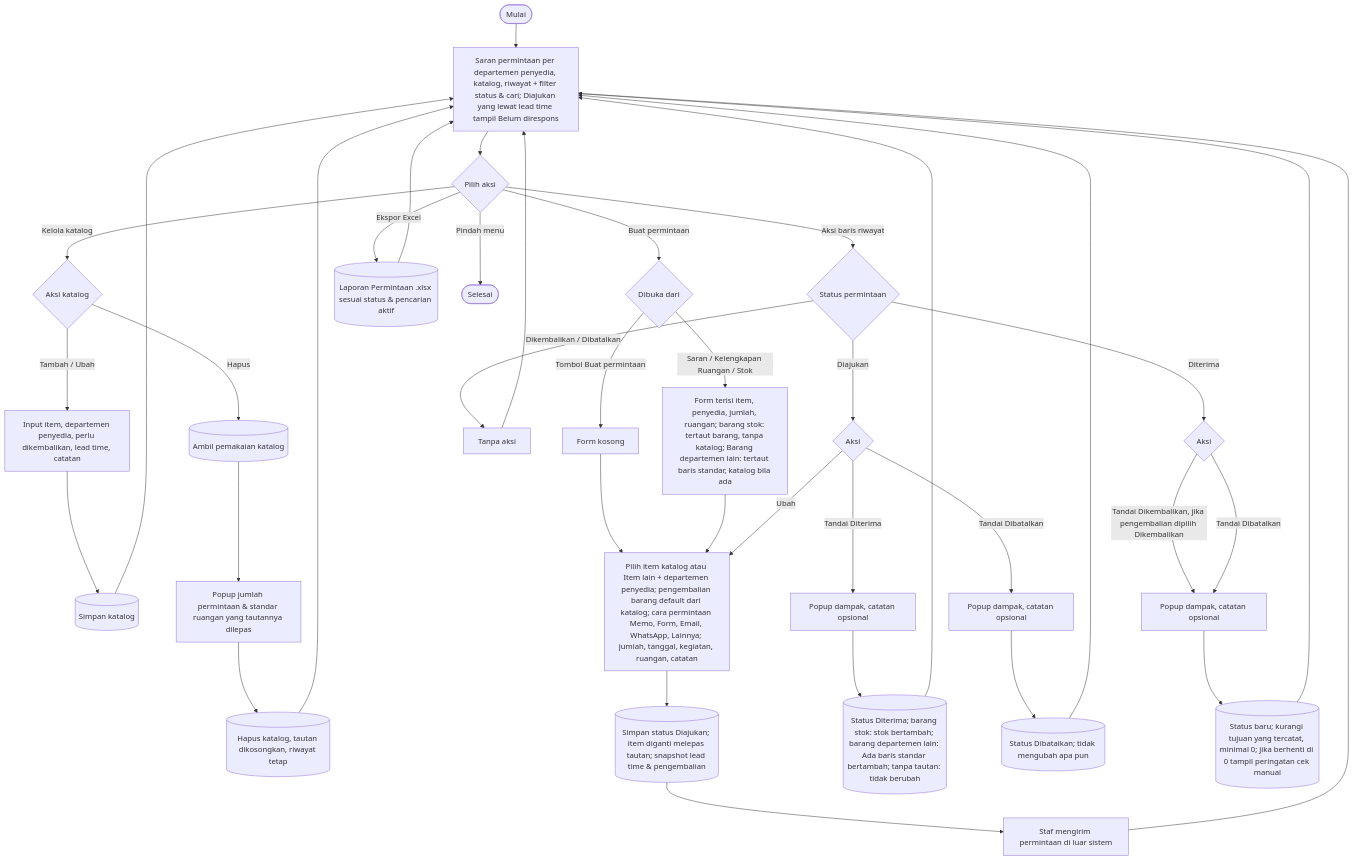
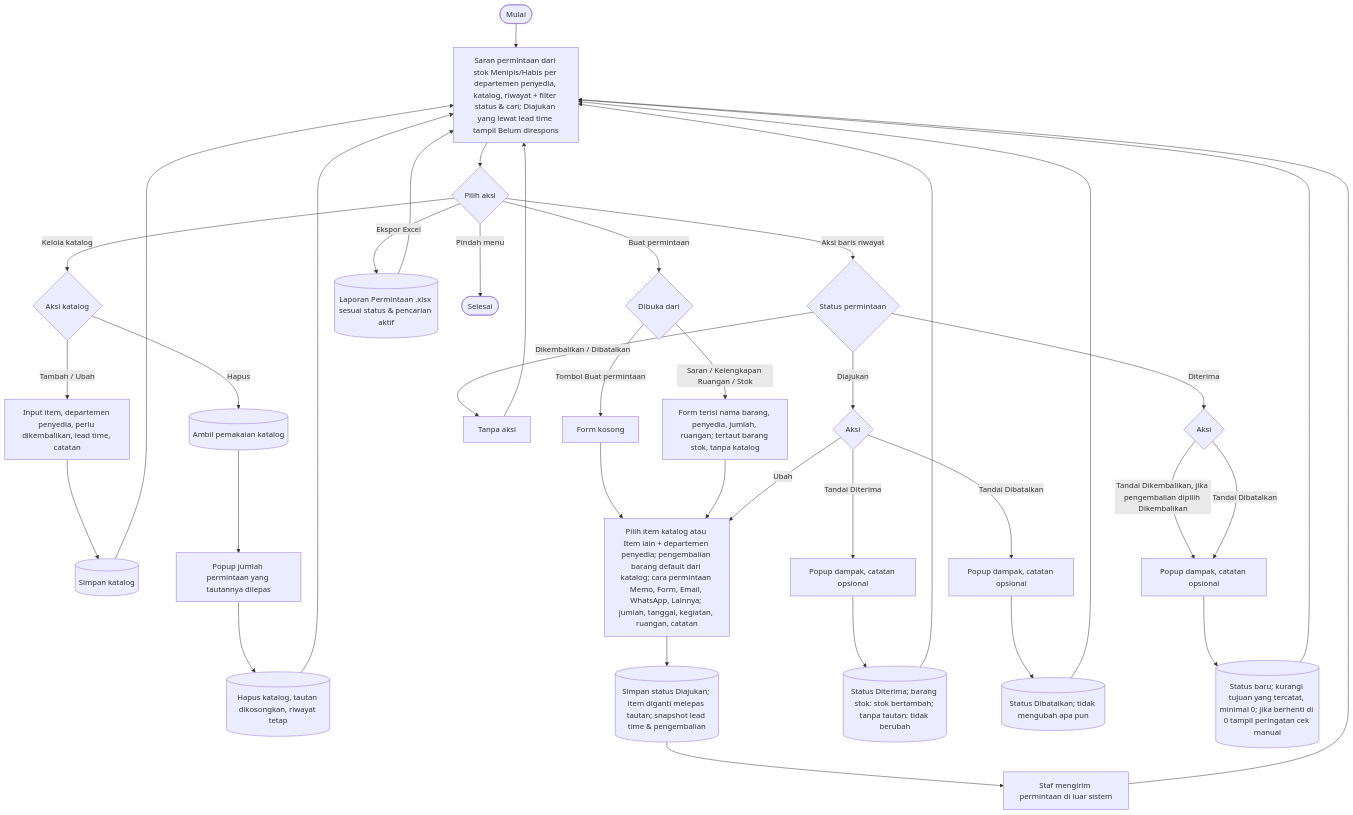
Before and after one commit to mrizqihidayat/system-tracking-asset: the seventh of 9 diagrams in docs/flowchart.md, drawn with Mermaid. The commit also changed other lines of this file and 86 other files, not shown here.

First line of the commit message:
T26u: jenis aset satu tingkat dan kelengkapan ruangan dua bagian

````diff
--- a/docs/flowchart.md
+++ b/docs/flowchart.md
@@ -259,30 +254,30 @@
 ```mermaid
 flowchart TD
-    A([Mulai]) --> B[Saran permintaan per departemen penyedia, katalog, riwayat + filter status & cari; Diajukan yang lewat lead time tampil Belum direspons]
+    A([Mulai]) --> B[Saran permintaan dari stok Menipis/Habis per departemen penyedia, katalog, riwayat + filter status & cari; Diajukan yang lewat lead time tampil Belum direspons]
     B --> C{Pilih aksi}
 
     C -- Kelola katalog --> K0{Aksi katalog}
     K0 -- Tambah / Ubah --> K1[Input item, departemen penyedia, perlu dikembalikan, lead time, catatan] --> K2[(Simpan katalog)] --> B
-    K0 -- Hapus --> K3[(Ambil pemakaian katalog)] --> K4[Popup jumlah permintaan & standar ruangan yang tautannya dilepas] --> K5[(Hapus katalog, tautan dikosongkan, riwayat tetap)] --> B
+    K0 -- Hapus --> K3[(Ambil pemakaian katalog)] --> K4[Popup jumlah permintaan yang tautannya dilepas] --> K5[(Hapus katalog, tautan dikosongkan, riwayat tetap)] --> B
 
     C -- Buat permintaan --> P0{Dibuka dari}
     P0 -- Tombol Buat permintaan --> P1[Form kosong]
-    P0 -- Saran / Kelengkapan Ruangan / Stok --> P1a[Form terisi item, penyedia, jumlah, ruangan; barang stok: tertaut barang, tanpa katalog; Barang departemen lain: tertaut baris standar, katalog bila ada]
+    P0 -- Saran / Kelengkapan Ruangan / Stok --> P1a[Form terisi nama barang, penyedia, jumlah, ruangan; tertaut barang stok, tanpa katalog]
     P1 & P1a --> P2[Pilih item katalog atau Item lain + departemen penyedia; pengembalian barang default dari katalog; cara permintaan Memo, Form, Email, WhatsApp, Lainnya; jumlah, tanggal, kegiatan, ruangan, catatan]
     P2 --> P3[(Simpan status Diajukan; item diganti melepas tautan; snapshot lead time & pengembalian)]
     P3 --> P4[Staf mengirim permintaan di luar sistem] --> B
 
     C -- Aksi baris riwayat --> U0{Status permintaan}
     U0 -- Dikembalikan / Dibatalkan --> U3[Tanpa aksi] --> B
     U0 -- Diajukan --> U1{Aksi}
     U1 -- Ubah --> P2
-    U1 -- Tandai Diterima --> M1[Popup dampak, catatan opsional] --> I1[(Status Diterima; barang stok: stok bertambah; barang departemen lain: Ada baris standar bertambah; tanpa tautan: tidak berubah)] --> B
+    U1 -- Tandai Diterima --> M1[Popup dampak, catatan opsional] --> I1[(Status Diterima; barang stok: stok bertambah; tanpa tautan: tidak berubah)] --> B
     U1 -- Tandai Dibatalkan --> M2[Popup dampak, catatan opsional] --> I2[(Status Dibatalkan; tidak mengubah apa pun)] --> B
     U0 -- Diterima --> U2{Aksi}
     U2 -- Tandai Dikembalikan, jika pengembalian dipilih Dikembalikan --> M3[Popup dampak, catatan opsional]
     U2 -- Tandai Dibatalkan --> M3
     M3 --> I3[(Status baru; kurangi tujuan yang tercatat, minimal 0; jika berhenti di 0 tampil peringatan cek manual)] --> B
 
     C -- Ekspor Excel --> X1[(Laporan Permintaan .xlsx sesuai status & pencarian aktif)] --> B
     C -- Pindah menu --> Z([Selesai])
 ```
````
